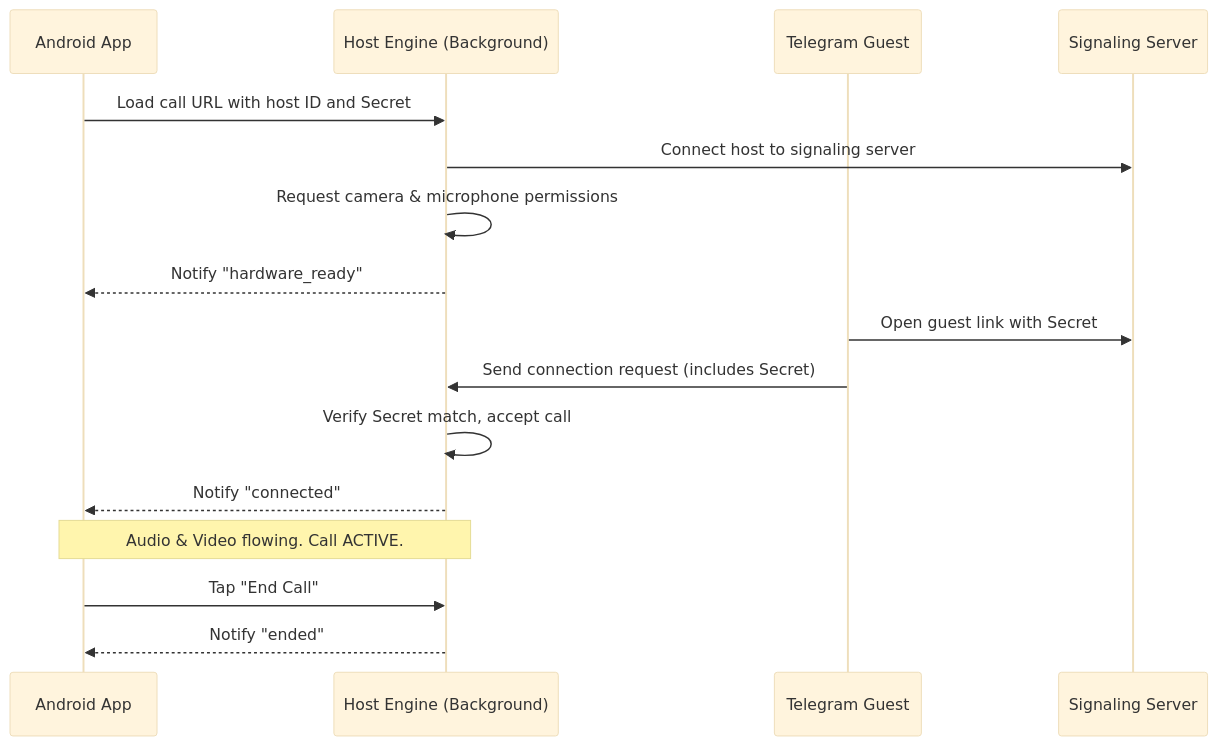
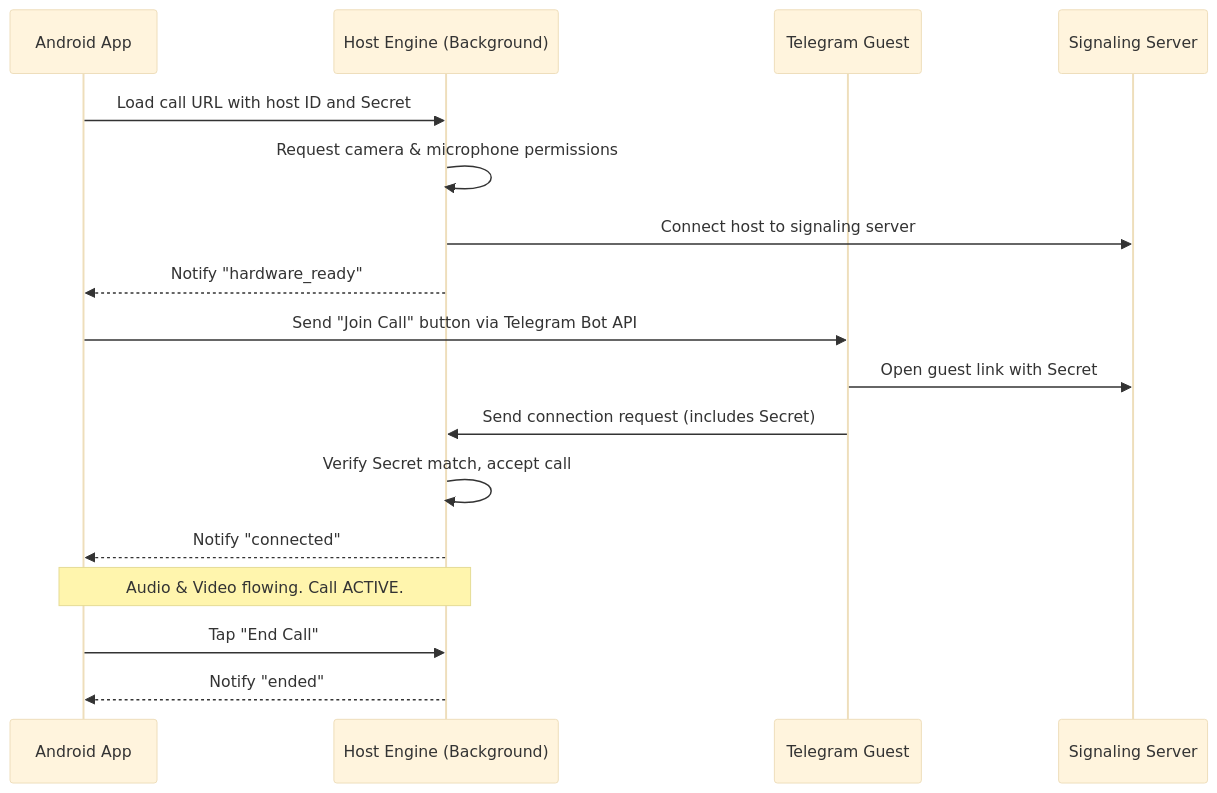
One commit to sandeshsahu/superiorchat changed the third of 3 diagrams in webrtc/docs/Architecture.md. Above: the diagram before and after it, drawn with Mermaid (base theme). The commit also changed other lines of this file and 11 other files, not shown here.

First line of the commit message:
docs: update app and WebRTC documentation

````diff
--- a/webrtc/docs/Architecture.md
+++ b/webrtc/docs/Architecture.md
@@ -98,20 +97,21 @@
 ```mermaid
 sequenceDiagram
     participant App as Android App
     participant Web as Host Engine (Background)
     participant TG as Telegram Guest
     participant Broker as Signaling Server
 
     App->>Web: Load call URL with host ID and Secret
+    Web->>Web: Request camera & microphone permissions
     Web->>Broker: Connect host to signaling server
-    Web->>Web: Request camera & microphone permissions
     Web-->>App: Notify "hardware_ready"
+    App->>TG: Send "Join Call" button via Telegram Bot API
     
     TG->>Broker: Open guest link with Secret
     TG->>Web: Send connection request (includes Secret)
     Web->>Web: Verify Secret match, accept call
     Web-->>App: Notify "connected"
     Note over App,Web: Audio & Video flowing. Call ACTIVE.
     App->>Web: Tap "End Call"
     Web-->>App: Notify "ended"
 ```
````
